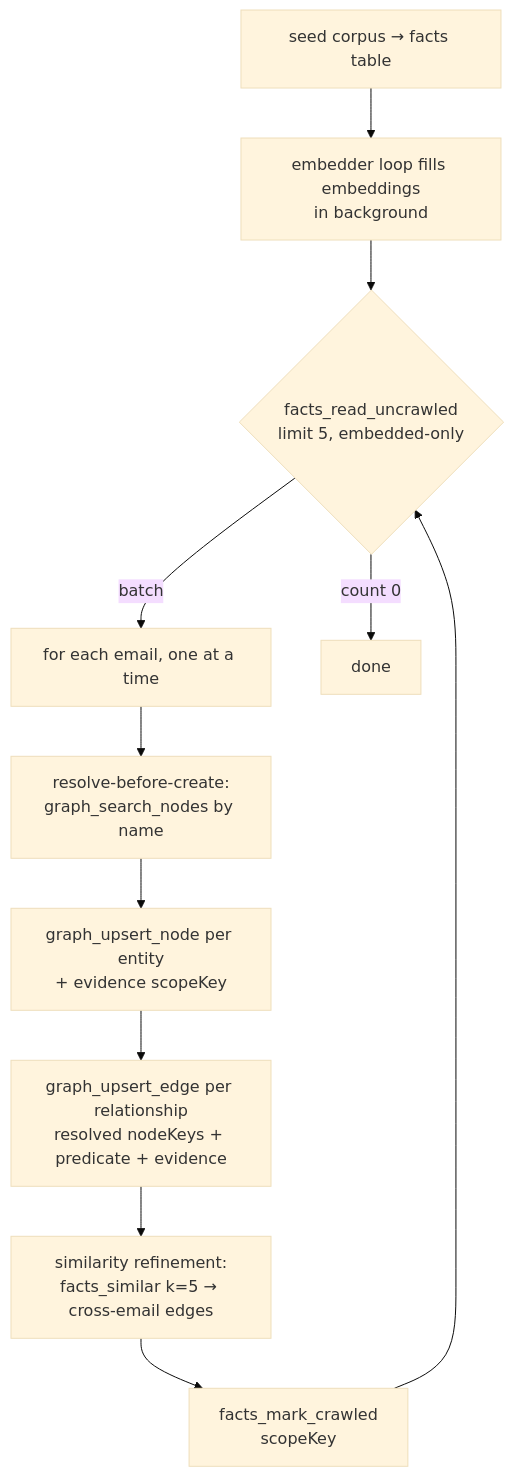
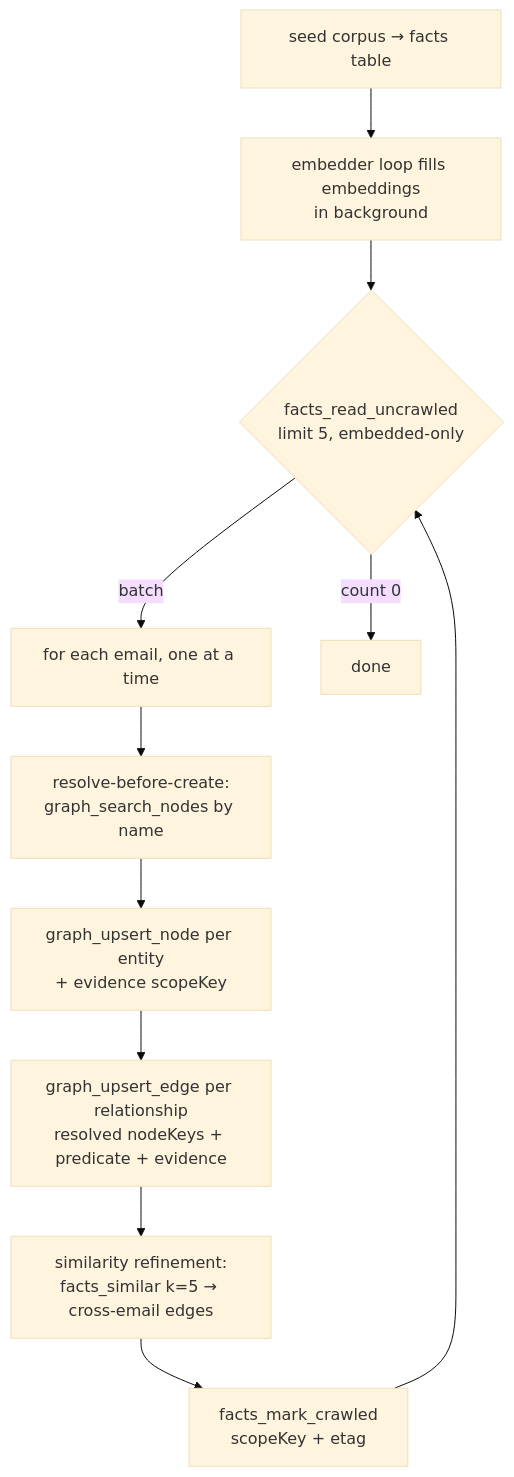
Before and after one commit to affandar/PilotSwarm: the third of 5 diagrams in packages/horizon-store/docs/harvester-and-eval.md, drawn with Mermaid (base theme). The commit also changed other lines of this file and 35 other files, not shown here.

````diff
--- a/packages/horizon-store/docs/harvester-and-eval.md
+++ b/packages/horizon-store/docs/harvester-and-eval.md
@@ -166,13 +166,13 @@
 ```mermaid
 flowchart TD
     A[seed corpus → facts table] --> B[embedder loop fills embeddings<br/>in background]
     B --> C{facts_read_uncrawled<br/>limit 5, embedded-only}
     C -->|batch| D[for each email, one at a time]
     D --> E[resolve-before-create:<br/>graph_search_nodes by name]
     E --> F[graph_upsert_node per entity<br/>+ evidence scopeKey]
     F --> G[graph_upsert_edge per relationship<br/>resolved nodeKeys + predicate + evidence]
     G --> H[similarity refinement:<br/>facts_similar k=5 → cross-email edges]
-    H --> I[facts_mark_crawled<br/>scopeKey]
+    H --> I[facts_mark_crawled<br/>scopeKey + etag]
     I --> C
     C -->|count 0| Z[done]
 ```
````
